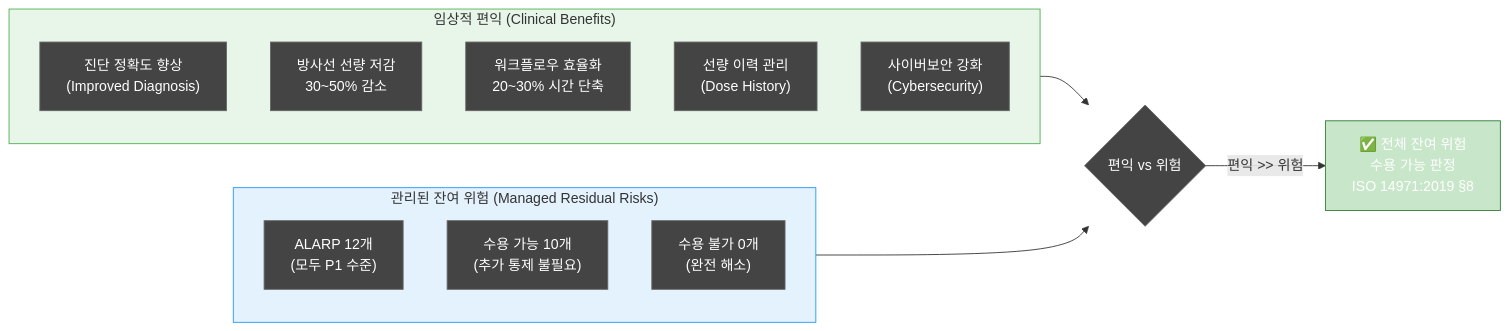
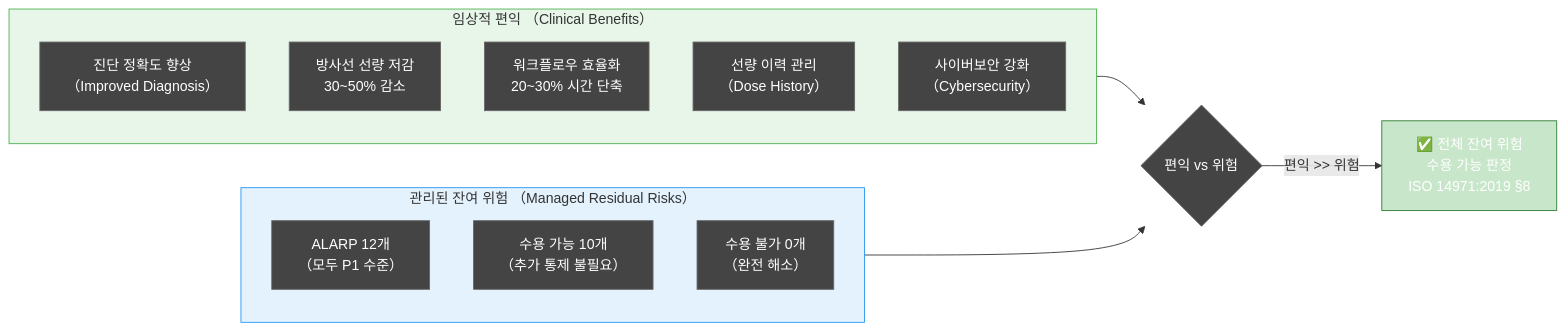
The seventh of 9 diagrams in docs/risk/DOC-010_RMR_v1.0.md (holee9/console-gui), drawn with Mermaid before and after one commit. The commit also changed other lines of this file and 22 other files, not shown here.

First line of the commit message:
fix: Mermaid flowchart 노드 내 괄호 파싱 오류 전면 수정

````diff
--- a/docs/risk/DOC-010_RMR_v1.0.md
+++ b/docs/risk/DOC-010_RMR_v1.0.md
@@ -450,25 +450,25 @@
 ```mermaid
 flowchart LR
     classDef default fill:#444,stroke:#666,color:#fff
-    subgraph B["임상적 편익 (Clinical Benefits)"]
-        B1["진단 정확도 향상\n(Improved Diagnosis)"]
+    subgraph B["임상적 편익 （Clinical Benefits）"]
+        B1["진단 정확도 향상\n（Improved Diagnosis）"]
         B2["방사선 선량 저감\n30~50% 감소"]
         B3["워크플로우 효율화\n20~30% 시간 단축"]
-        B4["선량 이력 관리\n(Dose History)"]
-        B5["사이버보안 강화\n(Cybersecurity)"]
+        B4["선량 이력 관리\n（Dose History）"]
+        B5["사이버보안 강화\n（Cybersecurity）"]
     end
 
-    subgraph R["관리된 잔여 위험 (Managed Residual Risks)"]
-        R1["ALARP 12개\n(모두 P1 수준)"]
-        R2["수용 가능 10개\n(추가 통제 불필요)"]
-        R3["수용 불가 0개\n(완전 해소)"]
+    subgraph R["관리된 잔여 위험 （Managed Residual Risks）"]
+        R1["ALARP 12개\n（모두 P1 수준）"]
+        R2["수용 가능 10개\n（추가 통제 불필요）"]
+        R3["수용 불가 0개\n（완전 해소）"]
     end
 
     B --> C{편익 vs 위험}
     R --> C
     C -->|편익 >> 위험| D["✅ 전체 잔여 위험\n수용 가능 판정\nISO 14971:2019 §8"]
 
     style B fill:#e8f5e9,stroke:#4CAF50
     style R fill:#e3f2fd,stroke:#2196F3
     style D fill:#c8e6c9,stroke:#2e7d32
 ```
````
